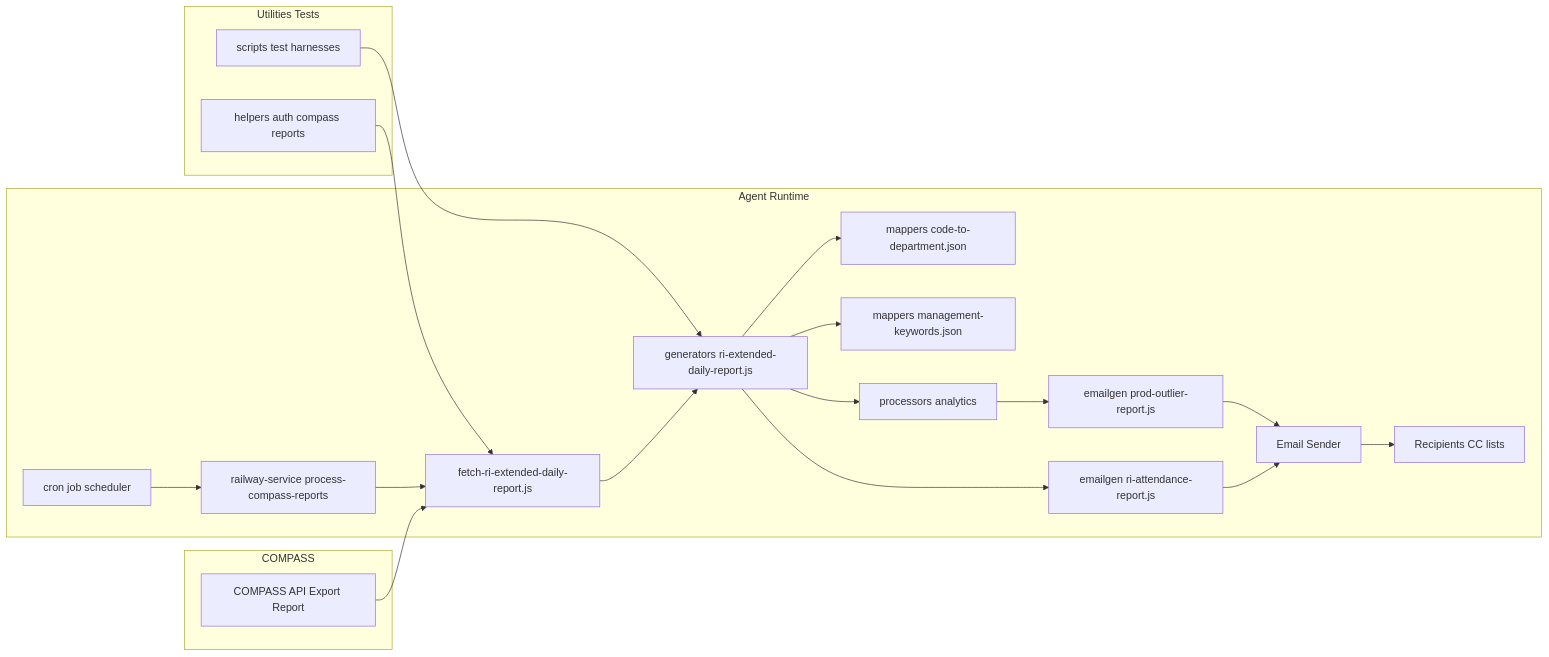
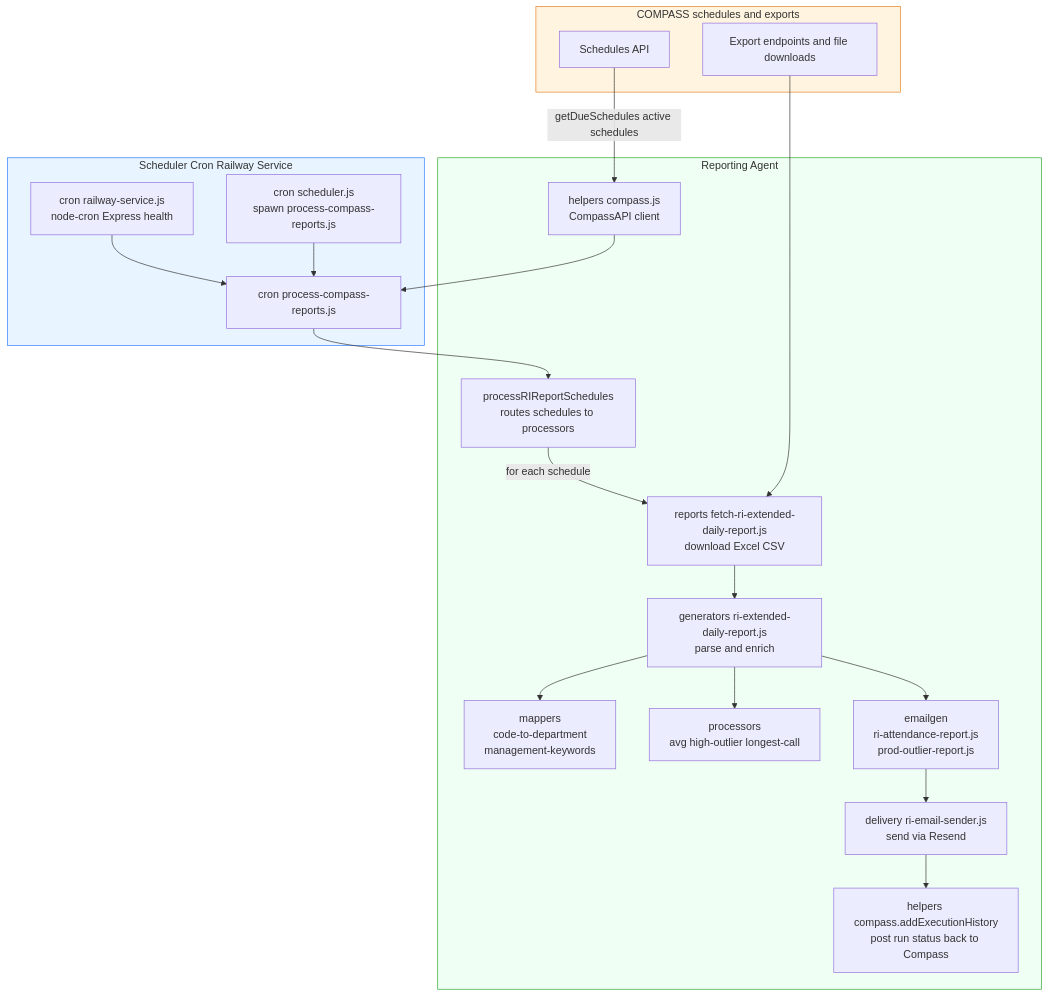
One commit to sunnysworldwide/docs changed the diagram in reports/reporting-agent.mdx. Above: the diagram before and after it, drawn with Mermaid. The commit also changed other lines of this file, not shown here.

First line of the commit message:
Revise reporting agent architecture documentation

````diff
--- a/reports/reporting-agent.mdx
+++ b/reports/reporting-agent.mdx
@@ -6,27 +6,43 @@
 ```mermaid
-graph LR
-    subgraph COMPASS
-        A[COMPASS API Export Report]
-    end
+flowchart TD
+  subgraph COMPASS_API["COMPASS schedules and exports"]
+    A[Schedules API]
+    B[Export endpoints and file downloads]
+  end
 
-    subgraph Agent Runtime
-        CRON[cron job scheduler] --> Railway[railway-service process-compass-reports]
-        Railway --> Fetch[fetch-ri-extended-daily-report.js]
-        Fetch --> Parse[generators ri-extended-daily-report.js]
-        Parse --> MapDept[mappers code-to-department.json]
-        Parse --> MapMgmt[mappers management-keywords.json]
-        Parse --> Processors[processors analytics]
-        Parse --> EmailGen[emailgen ri-attendance-report.js]
-        Processors --> OutlierGen[emailgen prod-outlier-report.js]
-        EmailGen --> SMTP[Email Sender]
-        OutlierGen --> SMTP
-        SMTP --> Recipients[Recipients CC lists]
-    end
+  subgraph Scheduler["Scheduler Cron Railway Service"]
+    SCHED_CRON[cron scheduler.js<br/>spawn process-compass-reports.js]
+    RAILWAY[cron railway-service.js<br/>node-cron Express health]
+    PROC_SCRIPT[cron process-compass-reports.js]
+  end
 
-    subgraph Utilities Tests
-        Scripts[scripts test harnesses] --> Parse
-        Helpers[helpers auth compass reports] --> Fetch
-    end
+  subgraph Agent["Reporting Agent"]
+    HELP_COMPASS[helpers compass.js<br/>CompassAPI client]
+    PROC_SCHEDULES[processRIReportSchedules<br/>routes schedules to processors]
+    FETCH_REPORT[reports fetch-ri-extended-daily-report.js<br/>download Excel CSV]
+    GENERATOR[generators ri-extended-daily-report.js<br/>parse and enrich]
+    MAPPERS[mappers<br/>code-to-department<br/>management-keywords]
+    PROCESSORS[processors<br/>avg high-outlier longest-call]
+    EMAIL_GEN[emailgen<br/>ri-attendance-report.js<br/>prod-outlier-report.js]
+    DELIVERY[delivery ri-email-sender.js<br/>send via Resend]
+    COMPASS_HISTORY[helpers compass.addExecutionHistory<br/>post run status back to Compass]
+  end
 
-    A --> Fetch
+  A --> |"getDueSchedules active schedules"| HELP_COMPASS
+  HELP_COMPASS --> PROC_SCRIPT
+  PROC_SCRIPT --> PROC_SCHEDULES
+  PROC_SCHEDULES --> |"for each schedule"| FETCH_REPORT
+  FETCH_REPORT --> GENERATOR
+  GENERATOR --> MAPPERS
+  GENERATOR --> PROCESSORS
+  GENERATOR --> EMAIL_GEN
+  EMAIL_GEN --> DELIVERY
+  DELIVERY --> COMPASS_HISTORY
+  B --> FETCH_REPORT
+  RAILWAY --> PROC_SCRIPT
+  SCHED_CRON --> PROC_SCRIPT
+
+  style COMPASS_API fill:#fff4e0,stroke:#e67e22
+  style Scheduler fill:#e8f4ff,stroke:#2b7cff
+  style Agent fill:#f0fff4,stroke:#2ca52c
 ```
````
